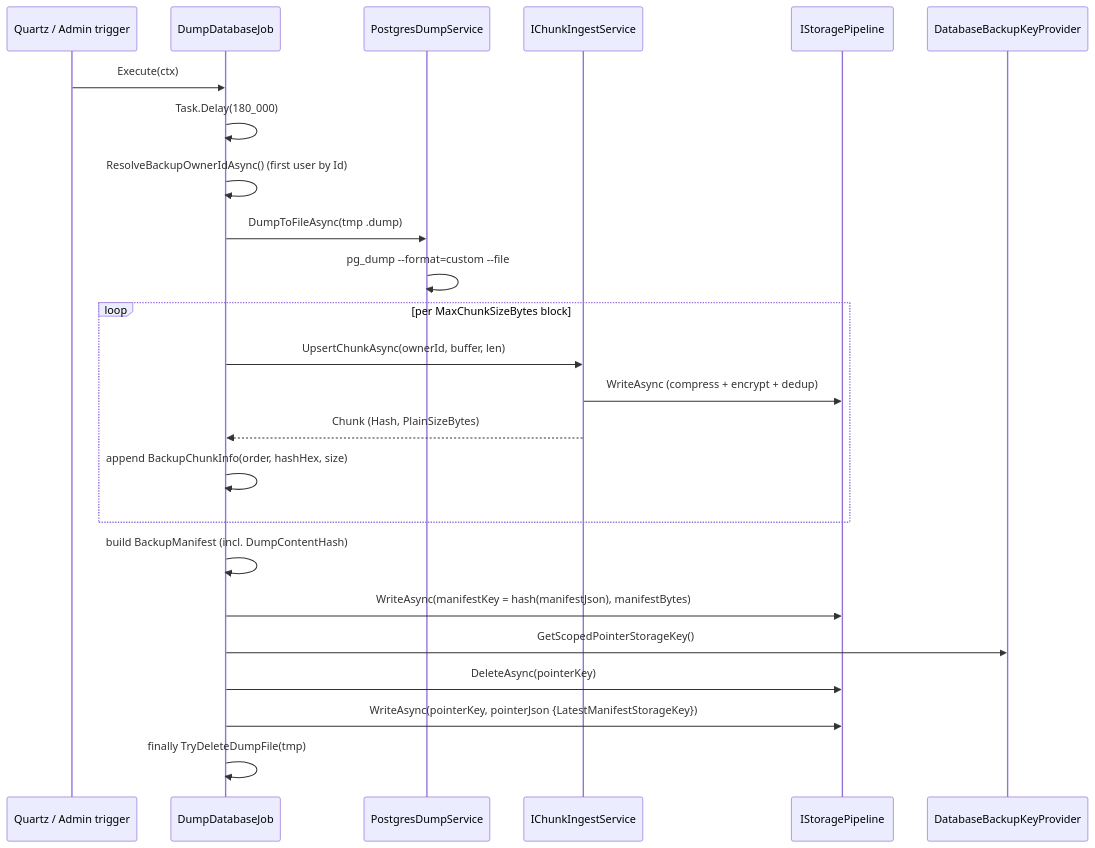
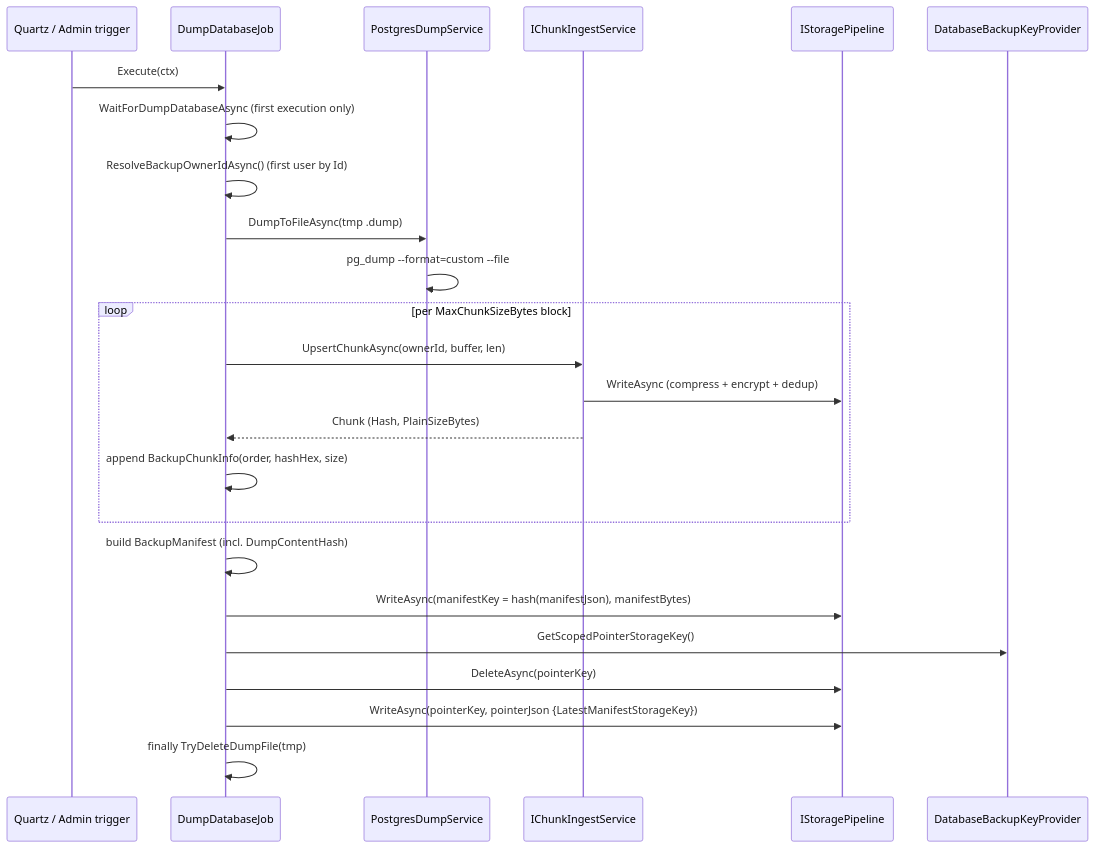
One commit to bvdcode/cotton changed the first of 3 diagrams in docs/technical/21-database-backup-restore.md. Above: the diagram before and after it, drawn with Mermaid. The commit also changed other lines of this file and 17 other files, not shown here.

````diff
--- a/docs/technical/21-database-backup-restore.md
+++ b/docs/technical/21-database-backup-restore.md
@@ -53,27 +53,27 @@
 ```mermaid
 sequenceDiagram
     participant Q as Quartz / Admin trigger
     participant J as DumpDatabaseJob
     participant PD as PostgresDumpService
     participant CI as IChunkIngestService
     participant SP as IStoragePipeline
     participant KP as DatabaseBackupKeyProvider
 
     Q->>J: Execute(ctx)
-    J->>J: Task.Delay(180_000)
+    J->>J: WaitForDumpDatabaseAsync (first execution only)
     J->>J: ResolveBackupOwnerIdAsync()  (first user by Id)
     J->>PD: DumpToFileAsync(tmp .dump)
     PD->>PD: pg_dump --format=custom --file
     loop per MaxChunkSizeBytes block
         J->>CI: UpsertChunkAsync(ownerId, buffer, len)
         CI->>SP: WriteAsync (compress + encrypt + dedup)
         CI-->>J: Chunk (Hash, PlainSizeBytes)
         J->>J: append BackupChunkInfo(order, hashHex, size)
     end
     J->>J: build BackupManifest (incl. DumpContentHash)
     J->>SP: WriteAsync(manifestKey = hash(manifestJson), manifestBytes)
     J->>KP: GetScopedPointerStorageKey()
     J->>SP: DeleteAsync(pointerKey)
     J->>SP: WriteAsync(pointerKey, pointerJson {LatestManifestStorageKey})
     J->>J: finally TryDeleteDumpFile(tmp)
 ```
````
